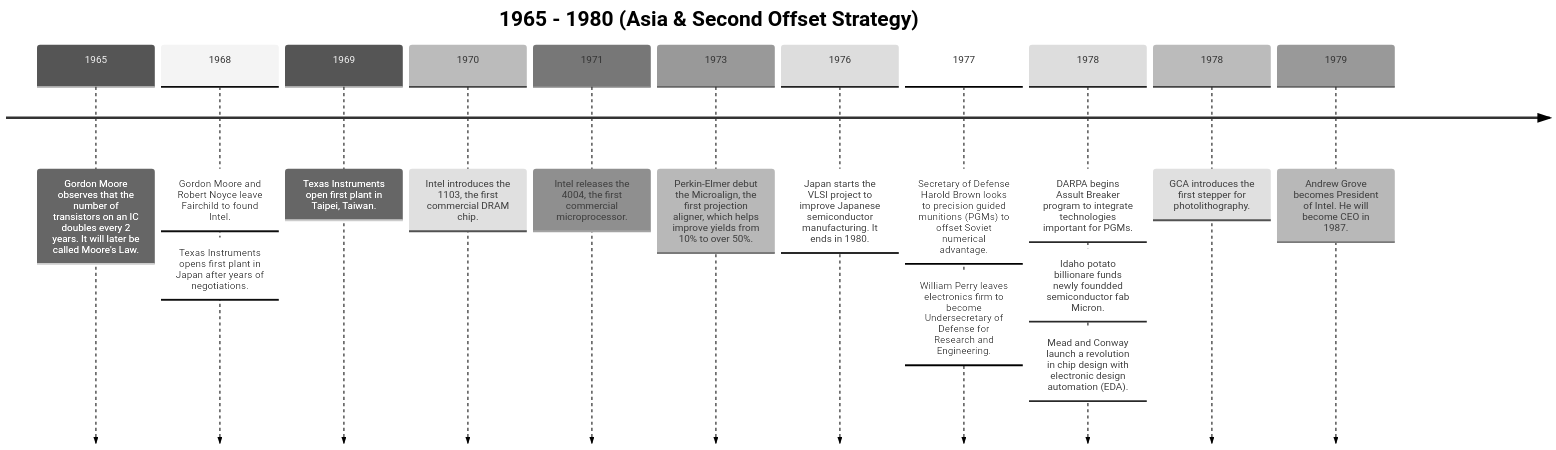
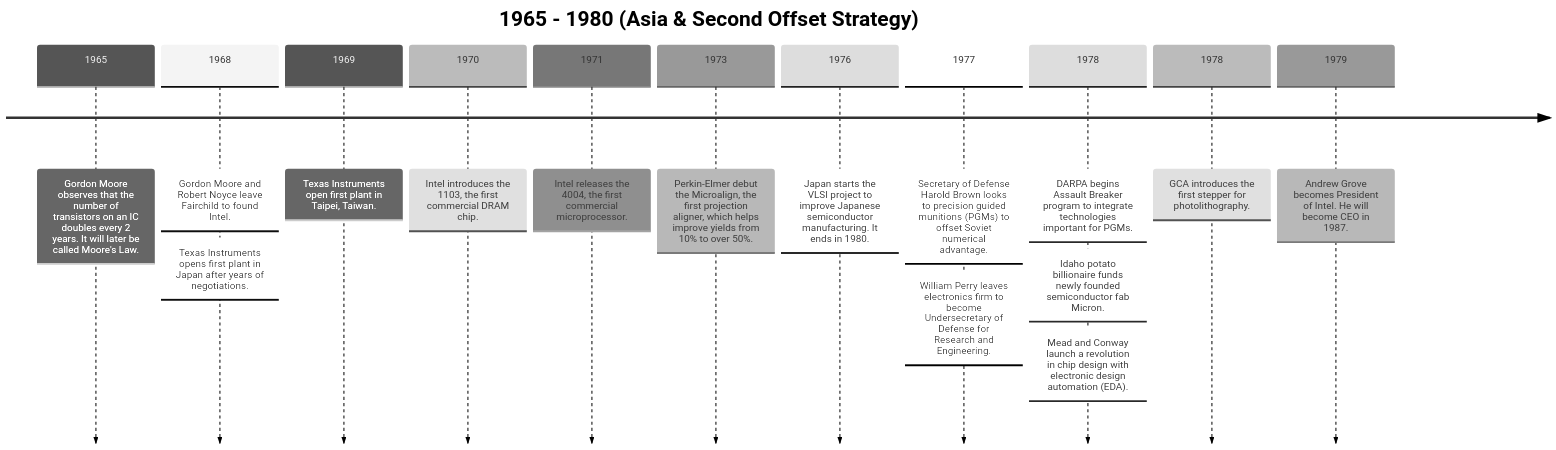
Before and after one commit to GeorgeRPu/georgerpu.github.io: the second of 6 diagrams in _books/chip-war.md, drawn with Mermaid (neutral theme). The commit also changed other lines of this file and 54 other files, not shown here.

````diff
--- a/_books/chip-war.md
+++ b/_books/chip-war.md
@@ -36,15 +36,15 @@
 ```mermaid
 timeline
     title 1965 - 1980 (Asia & Second Offset Strategy)
     1965 : Gordon Moore observes that the number of transistors on an IC doubles every 2 years. It will later be called Moore's Law.
     1968 : Gordon Moore and Robert Noyce leave Fairchild to found Intel. : Texas Instruments opens first plant in Japan after years of negotiations.
     1969 : Texas Instruments open first plant in Taipei, Taiwan.
     1970 : Intel introduces the 1103, the first commercial DRAM chip.
     1971 : Intel releases the 4004, the first commercial microprocessor.
     1973 : Perkin-Elmer debut the Microalign, the first projection aligner, which helps improve yields from 10% to over 50%.
     1976 : Japan starts the VLSI project to improve Japanese semiconductor manufacturing. It ends in 1980.
     1977 : Secretary of Defense Harold Brown looks to precision guided munitions (PGMs) to offset Soviet numerical advantage. : William Perry leaves electronics firm to become Undersecretary of Defense for Research and Engineering.
-    1978 : DARPA begins Assult Breaker program to integrate technologies important for PGMs. : Idaho potato billionare funds newly foundded semiconductor fab Micron. : Mead and Conway launch a revolution in chip design with electronic design automation (EDA).
+    1978 : DARPA begins Assault Breaker program to integrate technologies important for PGMs. : Idaho potato billionaire funds newly founded semiconductor fab Micron. : Mead and Conway launch a revolution in chip design with electronic design automation (EDA).
     1978 : GCA introduces the first stepper for photolithography.
     1979 : Andrew Grove becomes President of Intel. He will become CEO in 1987.
 ```
````
